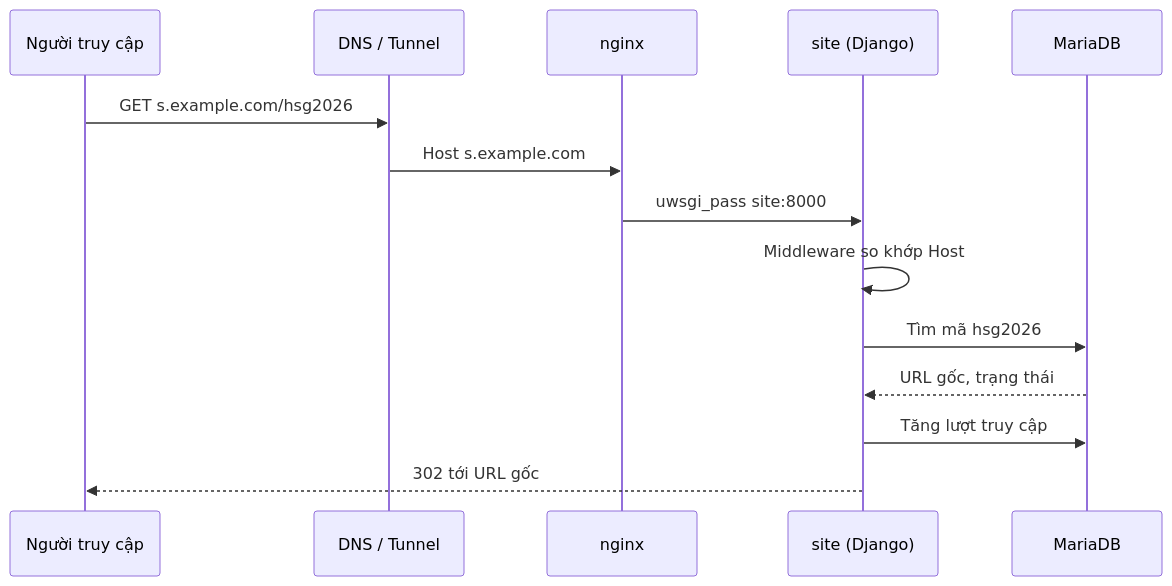
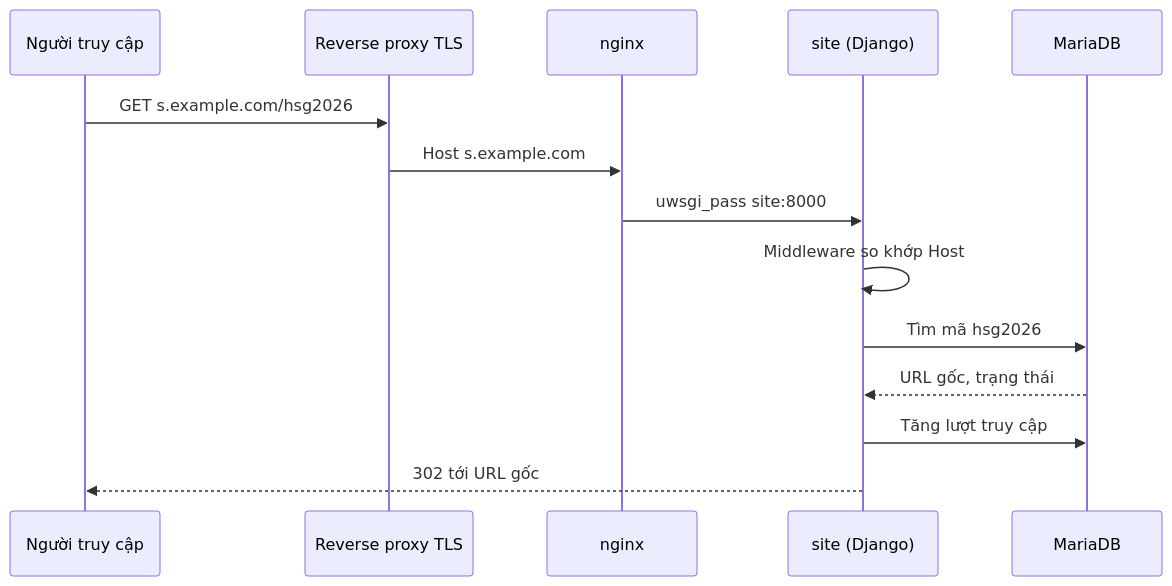
Before and after one commit to luyencode/docs: the first of 2 diagrams in src/admin/url-shortener.md, drawn with Mermaid. The commit also changed other lines of this file and 70 other files, not shown here.

````diff
--- a/src/admin/url-shortener.md
+++ b/src/admin/url-shortener.md
@@ -25,16 +25,16 @@
 ```mermaid
 sequenceDiagram
     participant V as Người truy cập
-    participant CF as DNS / Tunnel
+    participant P as Reverse proxy TLS
     participant N as nginx
     participant S as site (Django)
     participant DB as MariaDB
-    V->>CF: GET s.example.com/hsg2026
-    CF->>N: Host s.example.com
+    V->>P: GET s.example.com/hsg2026
+    P->>N: Host s.example.com
     N->>S: uwsgi_pass site:8000
     S->>S: Middleware so khớp Host
     S->>DB: Tìm mã hsg2026
     DB-->>S: URL gốc, trạng thái
     S->>DB: Tăng lượt truy cập
     S-->>V: 302 tới URL gốc
 ```
````
